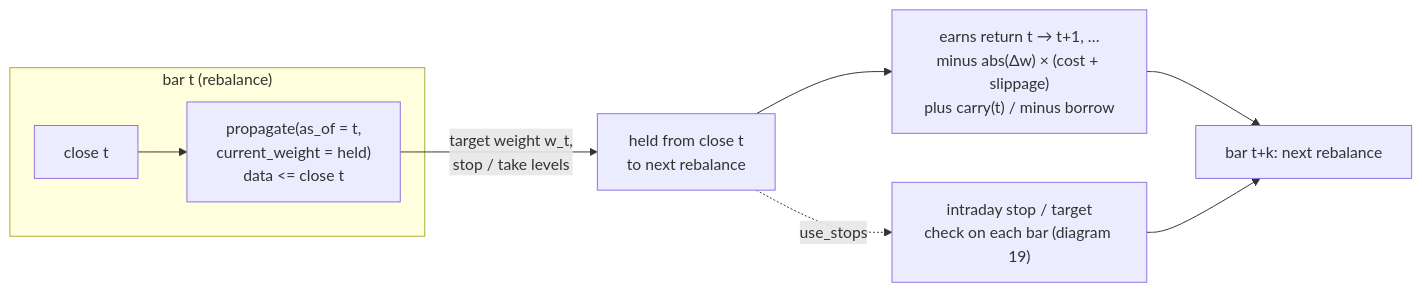
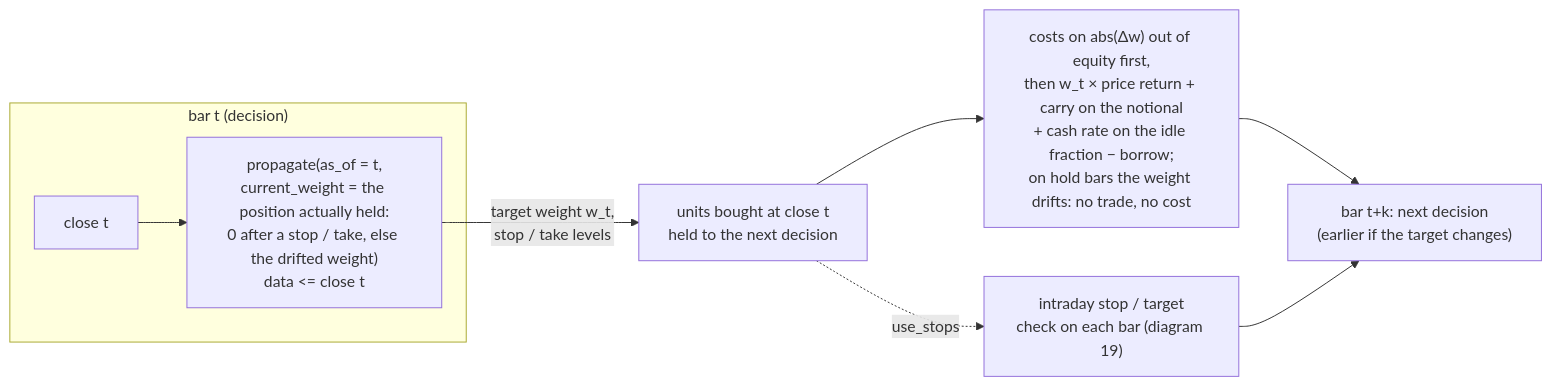
Before and after one commit to AshJha0/agentic-trader: diagram 18 of 30 in docs/DIAGRAMS.md, drawn with Mermaid. The commit also changed other lines of this file and 71 other files, not shown here.

````diff
--- a/docs/DIAGRAMS.md
+++ b/docs/DIAGRAMS.md
@@ -541,11 +550,11 @@
 ```mermaid
 flowchart LR
-    subgraph t0["bar t (rebalance)"]
-        C0[close t] --> DEC["propagate(as_of = t,<br/>current_weight = held)<br/>data <= close t"]
+    subgraph t0["bar t (decision)"]
+        C0[close t] --> DEC["propagate(as_of = t,<br/>current_weight = the position actually held:<br/>0 after a stop / take, else the drifted weight)<br/>data <= close t"]
     end
-    DEC -->|"target weight w_t,<br/>stop / take levels"| H["held from close t<br/>to next rebalance"]
-    H --> R["earns return t → t+1, …<br/>minus abs(Δw) × (cost + slippage)<br/>plus carry(t) / minus borrow"]
+    DEC -->|"target weight w_t,<br/>stop / take levels"| H["units bought at close t<br/>held to the next decision"]
+    H --> R["costs on abs(Δw) out of equity first,<br/>then w_t × price return + carry on the notional<br/>+ cash rate on the idle fraction − borrow;<br/>on hold bars the weight drifts: no trade, no cost"]
     H -.->|"use_stops"| ST["intraday stop / target<br/>check on each bar (diagram 19)"]
-    R --> N["bar t+k: next rebalance"]
+    R --> N["bar t+k: next decision<br/>(earlier if the target changes)"]
     ST --> N
 ```
````
